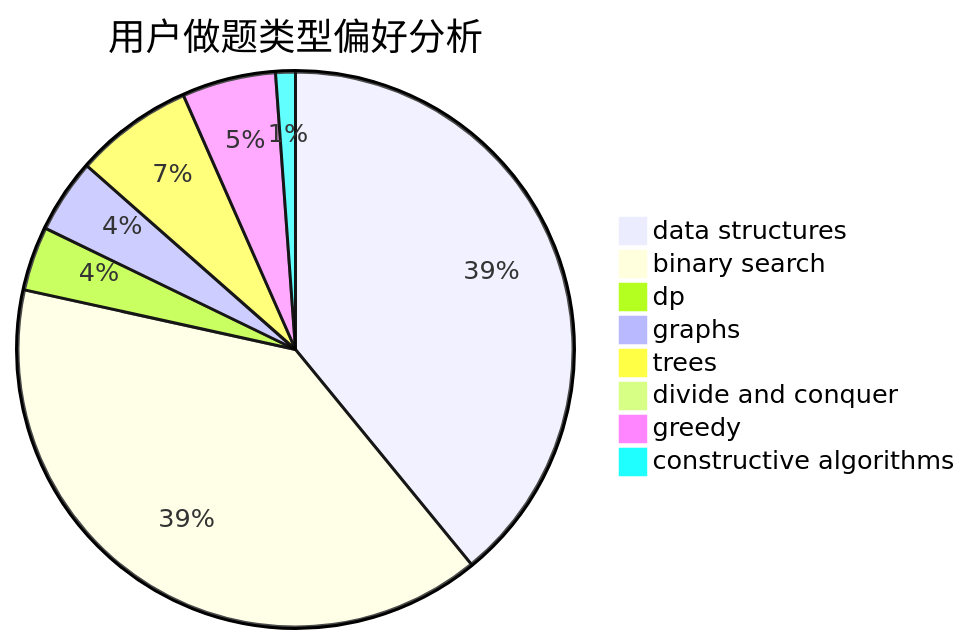
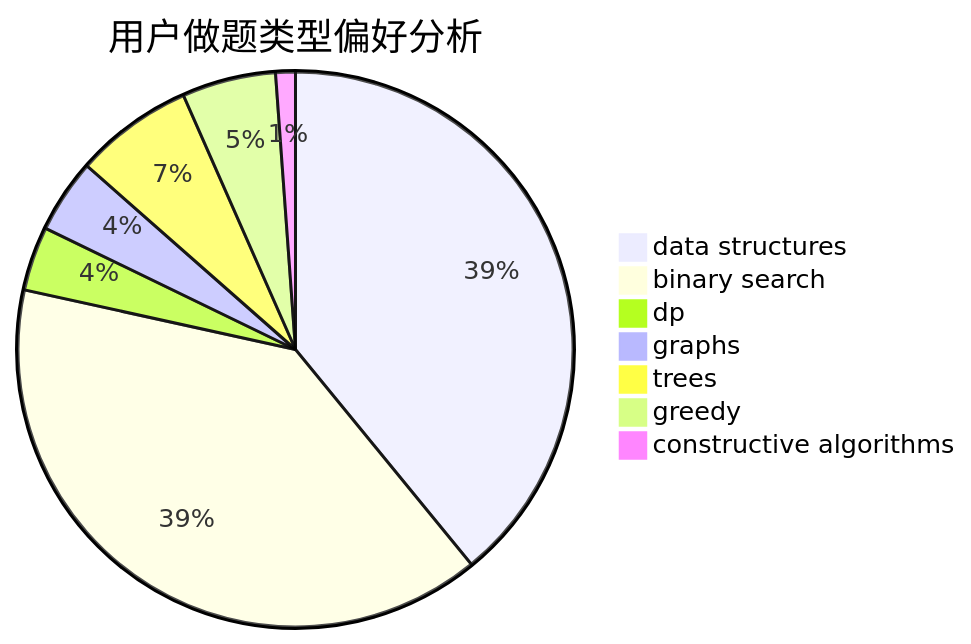
One commit to sherpahu/cfrs.github.io changed the second of 3 diagrams in docs/user/u2513.md. Above: the diagram before and after it, drawn with Mermaid. The commit also changed other lines of this file and 2770 other files, not shown here.

````diff
--- a/docs/user/u2513.md
+++ b/docs/user/u2513.md
@@ -18,11 +17,10 @@
 ```mermaid
 pie title 用户做题类型偏好分析
     "data structures" :  136
     "binary search" :  137
     "dp" :  13
     "graphs" :  15
     "trees" :  24
-    "divide and conquer" :  0
     "greedy" :  19
     "constructive algorithms" :  4
 ```
````
